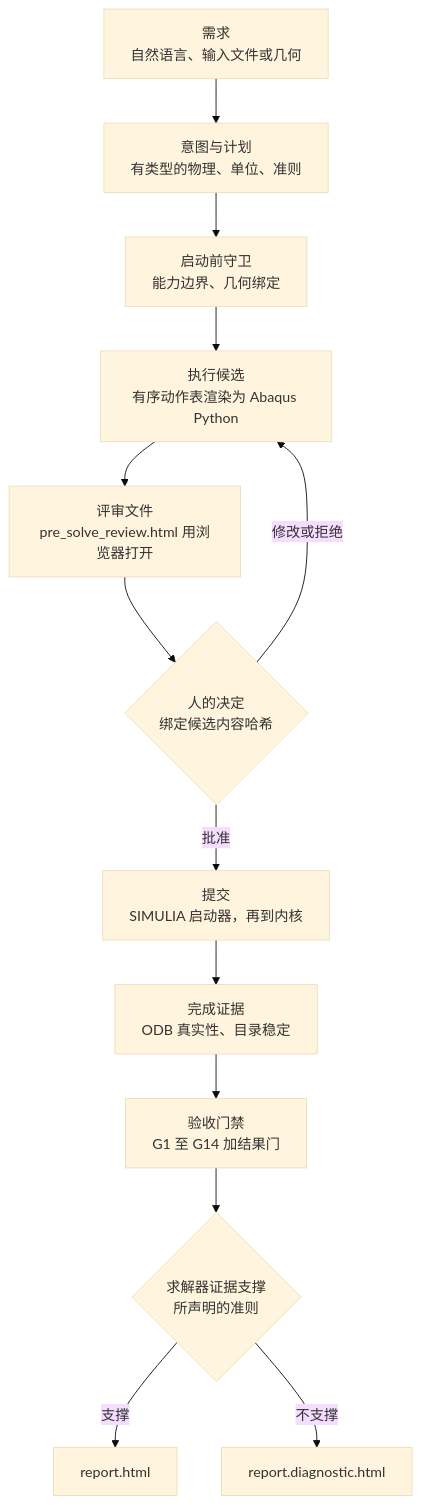
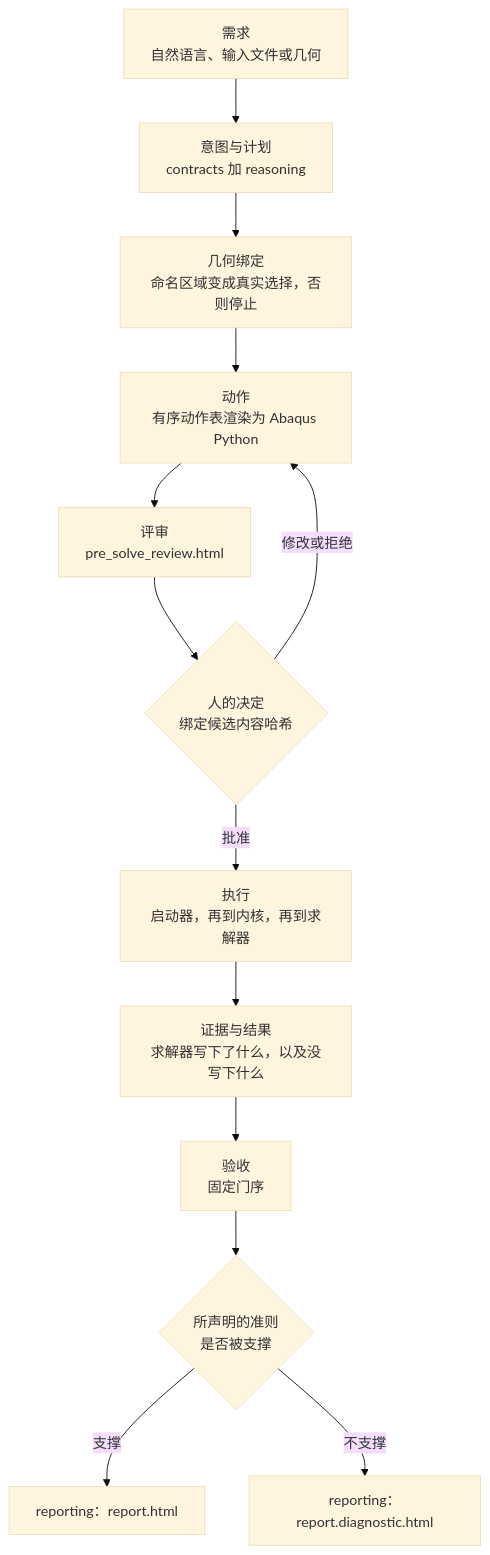
One commit to chenlei-gh/Abaqus-AI-Agent changed the first of 2 diagrams in README_CN.md. Above: the diagram before and after it, drawn with Mermaid (base theme). The commit also changed other lines of this file and 7 other files, not shown here.

````diff
--- a/README_CN.md
+++ b/README_CN.md
@@ -25,15 +27,15 @@
 ```mermaid
 flowchart TD
-    R["需求<br/>自然语言、输入文件或几何"] --> I["意图与计划<br/>有类型的物理、单位、准则"]
-    I --> G["启动前守卫<br/>能力边界、几何绑定"]
-    G --> C["执行候选<br/>有序动作表渲染为 Abaqus Python"]
-    C --> V["评审文件<br/>pre_solve_review.html 用浏览器打开"]
+    R["需求<br/>自然语言、输入文件或几何"] --> I["意图与计划<br/>contracts 加 reasoning"]
+    I --> G["几何绑定<br/>命名区域变成真实选择，否则停止"]
+    G --> C["动作<br/>有序动作表渲染为 Abaqus Python"]
+    C --> V["评审<br/>pre_solve_review.html"]
     V --> A{"人的决定<br/>绑定候选内容哈希"}
     A -- "修改或拒绝" --> C
-    A -- "批准" --> S["提交<br/>SIMULIA 启动器，再到内核"]
-    S --> O["完成证据<br/>ODB 真实性、目录稳定"]
-    O --> K["验收门禁<br/>G1 至 G14 加结果门"]
-    K --> P{"求解器证据支撑<br/>所声明的准则"}
-    P -- "支撑" --> F["report.html"]
-    P -- "不支撑" --> D["report.diagnostic.html"]
+    A -- "批准" --> S["执行<br/>启动器，再到内核，再到求解器"]
+    S --> O["证据与结果<br/>求解器写下了什么，以及没写下什么"]
+    O --> K["验收<br/>固定门序"]
+    K --> P{"所声明的准则<br/>是否被支撑"}
+    P -- "支撑" --> F["reporting：report.html"]
+    P -- "不支撑" --> D["reporting：report.diagnostic.html"]
 ```
````
